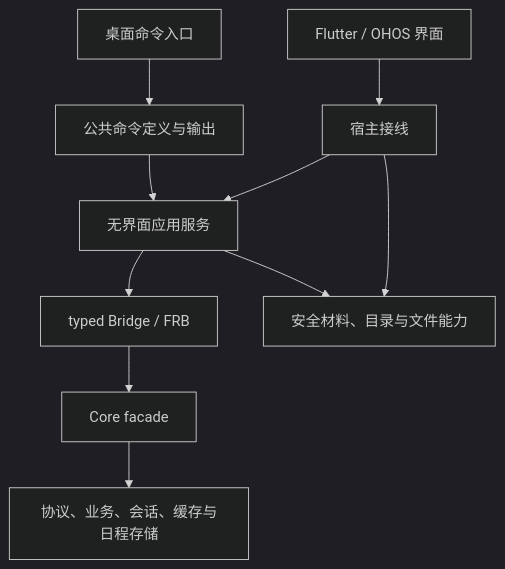
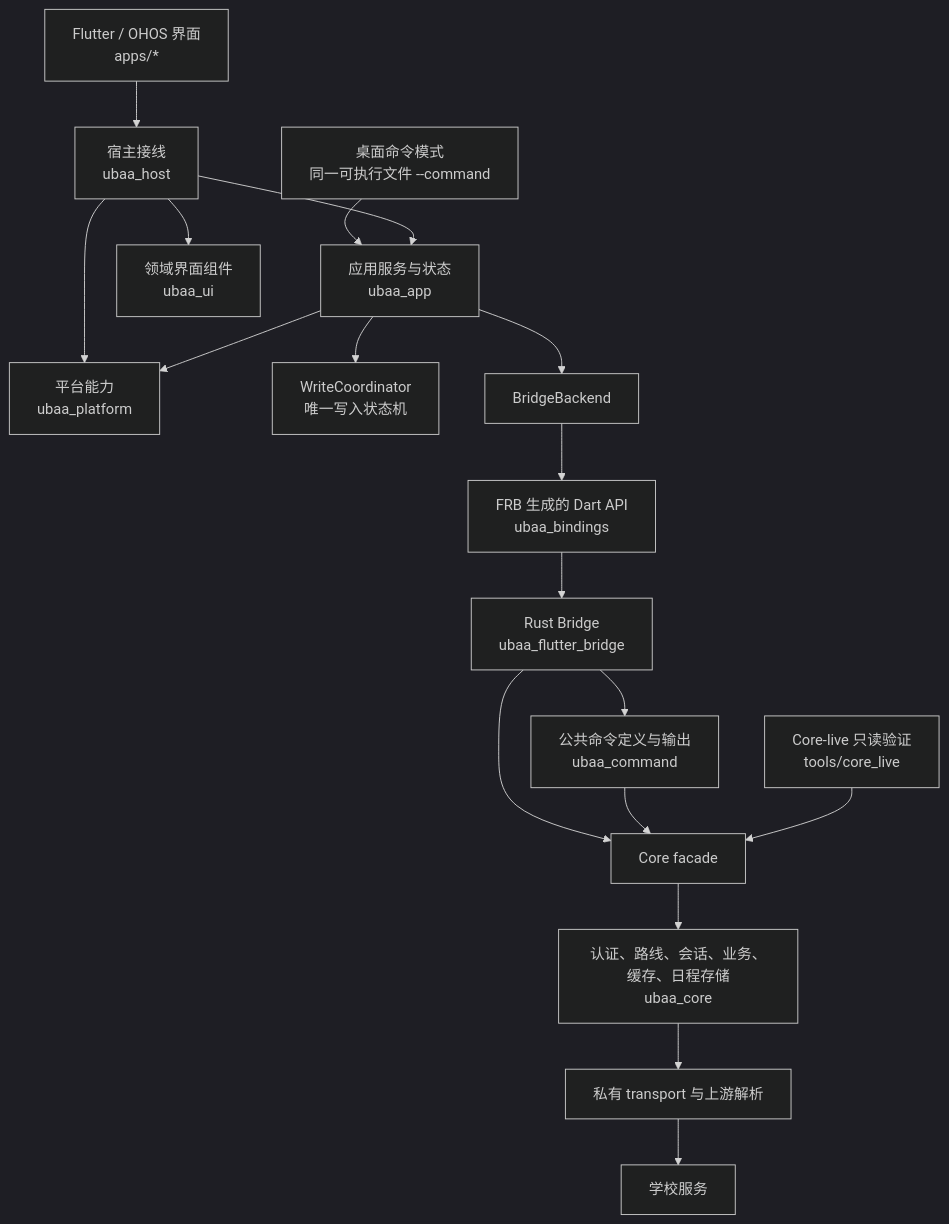
One commit to BUAASubnet/UBAA changed the diagram in docs/architecture/overview.md. Above: the diagram before and after it, drawn with Mermaid (dark theme). The commit also changed other lines of this file and 56 other files, not shown here.

````diff
--- a/docs/architecture/overview.md
+++ b/docs/architecture/overview.md
@@ -39,12 +7,20 @@
 ```mermaid
 flowchart TD
-  GUI[Flutter / OHOS 界面] --> Host[宿主接线]
-  CMD[桌面命令入口] --> Commands[公共命令定义与输出]
-  Host --> App[无界面应用服务]
-  Commands --> App
-  App --> Bridge[typed Bridge / FRB]
+  GUI[Flutter / OHOS 界面<br/>apps/*] --> Host[宿主接线<br/>ubaa_host]
+  CMD[桌面命令模式<br/>同一可执行文件 --command] --> App
+  Host --> UI[领域界面组件<br/>ubaa_ui]
+  Host --> App[应用服务与状态<br/>ubaa_app]
+  Host --> Platform[平台能力<br/>ubaa_platform]
+  App --> Platform
+  App --> W[WriteCoordinator<br/>唯一写入状态机]
+  App --> B[BridgeBackend]
+  B --> Bindings[FRB 生成的 Dart API<br/>ubaa_bindings]
+  Bindings --> Bridge[Rust Bridge<br/>ubaa_flutter_bridge]
+  Bridge --> Commands[公共命令定义与输出<br/>ubaa_command]
   Bridge --> Facade[Core facade]
-  Facade --> Core[协议、业务、会话、缓存与日程存储]
-  Host --> Platform[安全材料、目录与文件能力]
-  App --> Platform
+  Commands --> Facade
+  Live[Core-live 只读验证<br/>tools/core_live] --> Facade
+  Facade --> Core[认证、路线、会话、业务、缓存、日程存储<br/>ubaa_core]
+  Core --> T[私有 transport 与上游解析]
+  T --> School[学校服务]
 ```
````
